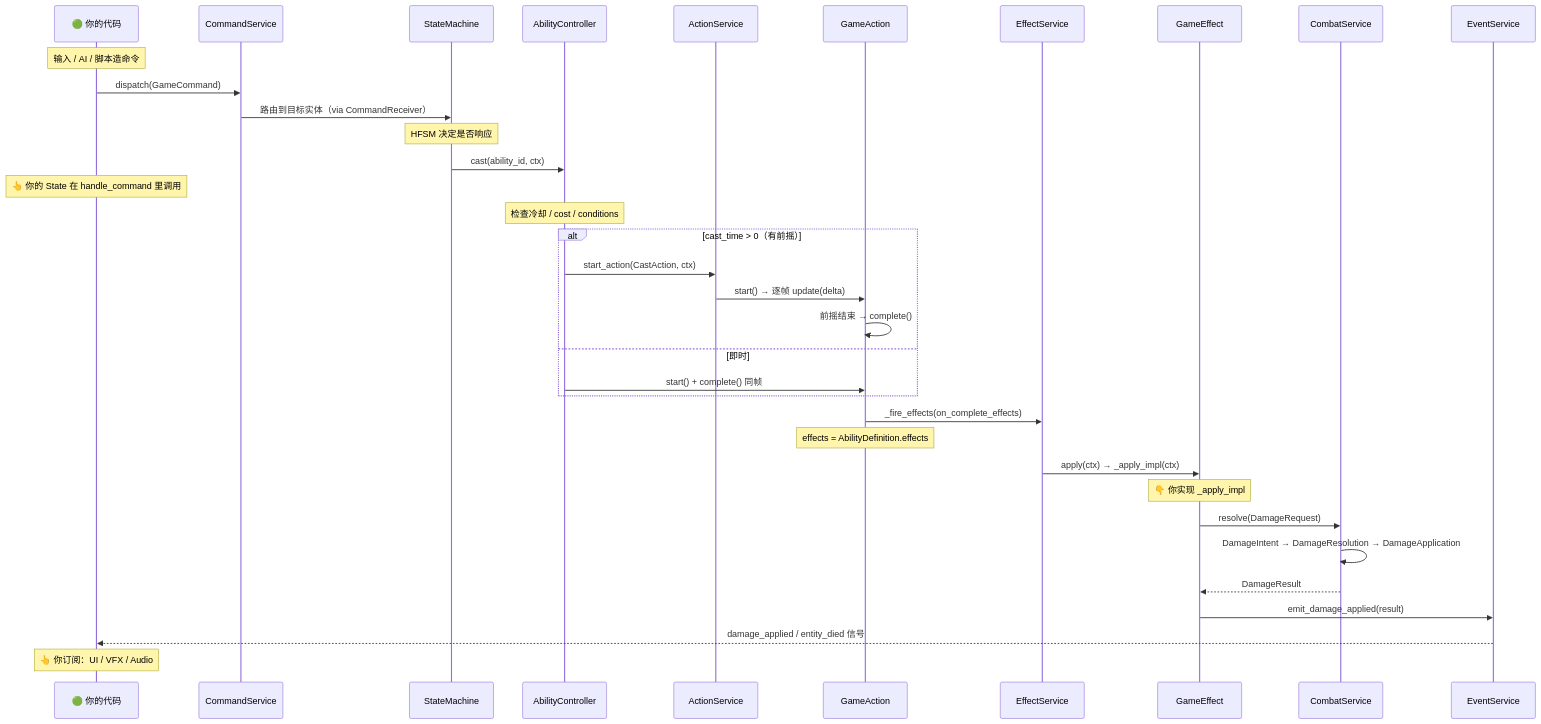
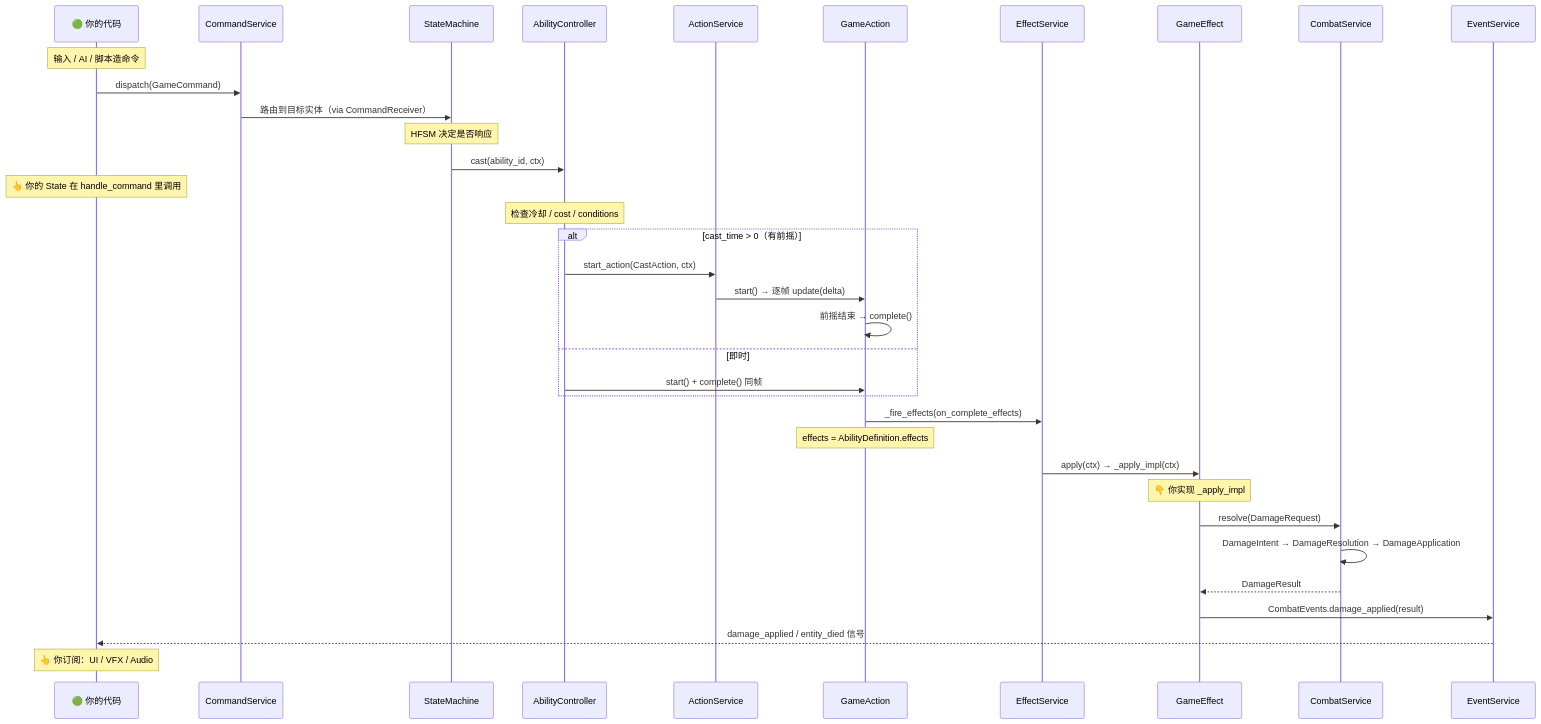
One commit to xiaofeiqiu/mkit changed the third of 5 diagrams in docs/concepts.md. Above: the diagram before and after it, drawn with Mermaid. The commit also changed other lines of this file and 116 other files, not shown here.

````diff
--- a/docs/concepts.md
+++ b/docs/concepts.md
@@ -131,38 +131,38 @@
 ```mermaid
 sequenceDiagram
     participant You as 🟢 你的代码
     participant CS as CommandService
     participant SM as StateMachine
     participant AC as AbilityController
     participant AS as ActionService
     participant GA as GameAction
     participant ES as EffectService
     participant GE as GameEffect
     participant Combat as CombatService
     participant EV as EventService
 
     Note over You: 输入 / AI / 脚本造命令
     You->>CS: dispatch(GameCommand)
     CS->>SM: 路由到目标实体（via CommandReceiver）
     Note over SM: HFSM 决定是否响应
     SM->>AC: cast(ability_id, ctx)
     Note over You: 👆 你的 State 在 handle_command 里调用
     Note over AC: 检查冷却 / cost / conditions
     alt cast_time > 0（有前摇）
         AC->>AS: start_action(CastAction, ctx)
         AS->>GA: start() → 逐帧 update(delta)
         GA->>GA: 前摇结束 → complete()
     else 即时
         AC->>GA: start() + complete() 同帧
     end
     GA->>ES: _fire_effects(on_complete_effects)
     Note over GA: effects = AbilityDefinition.effects
     ES->>GE: apply(ctx) → _apply_impl(ctx)
     Note over GE: 👇 你实现 _apply_impl
     GE->>Combat: resolve(DamageRequest)
     Combat->>Combat: DamageIntent → DamageResolution → DamageApplication
     Combat-->>GE: DamageResult
-    GE->>EV: emit_damage_applied(result)
+    GE->>EV: CombatEvents.damage_applied(result)
     EV-->>You: damage_applied / entity_died 信号
     Note over You: 👆 你订阅：UI / VFX / Audio
 ```
````
